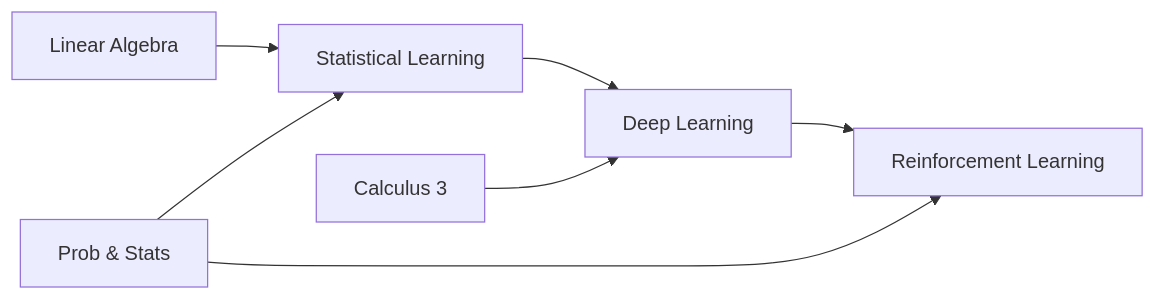
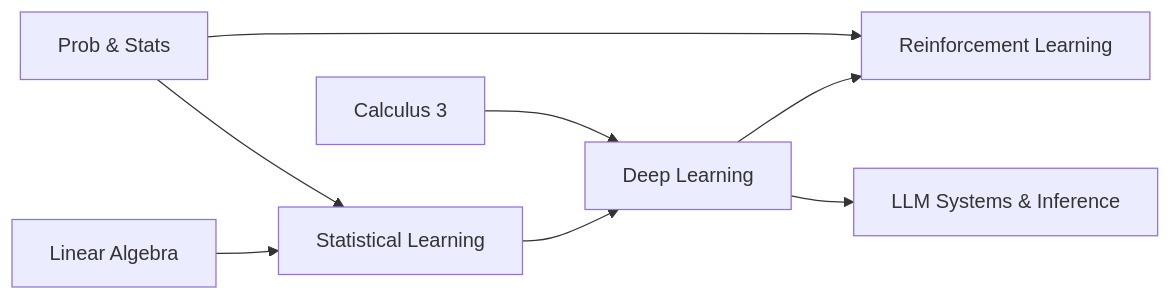
One commit to urmzd/supersource changed the diagram in ml/README.md. Above: the diagram before and after it, drawn with Mermaid. The commit also changed other lines of this file and 13 other files, not shown here.

First line of the commit message:
docs: add data engineering track and LLM systems & inference topic

````diff
--- a/ml/README.md
+++ b/ml/README.md
@@ -9,9 +9,10 @@
 ```mermaid
 graph LR
     LA[Linear Algebra] --> SL[Statistical Learning]
     PS[Prob & Stats] --> SL
     SL --> DL[Deep Learning]
     C3[Calculus 3] --> DL
     DL --> RL[Reinforcement Learning]
     PS --> RL
+    DL --> LLM[LLM Systems & Inference]
 ```
````
